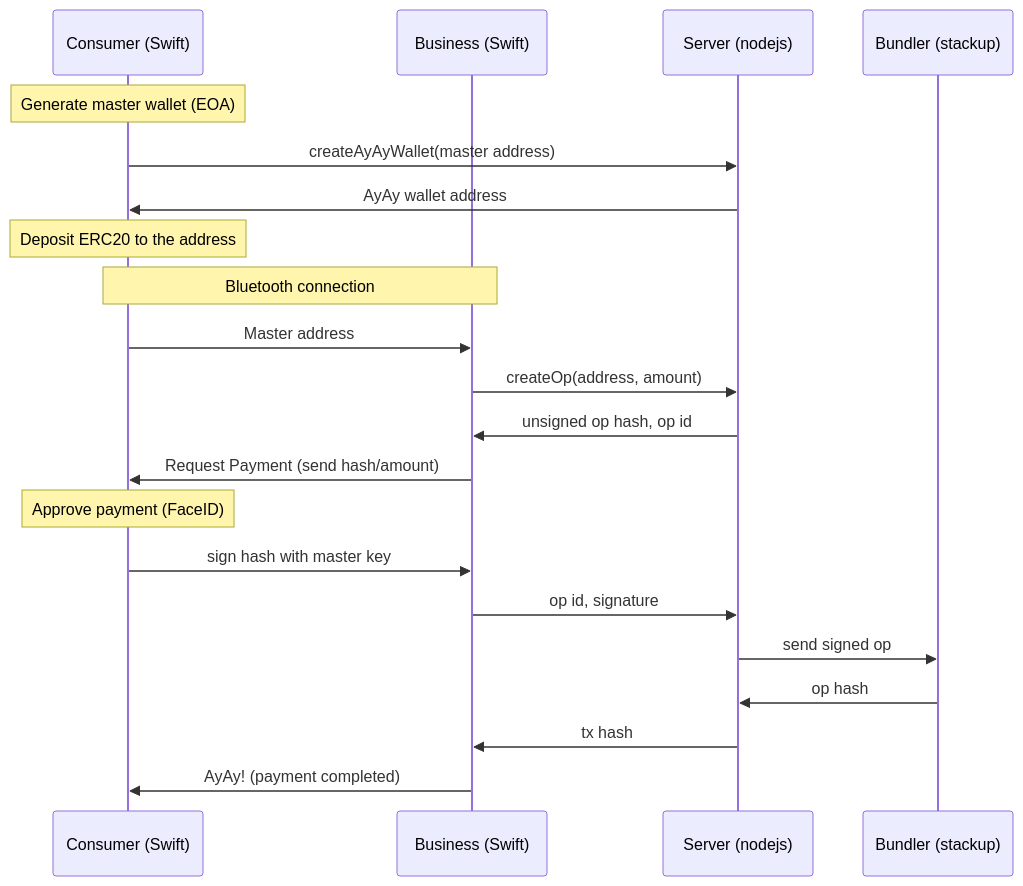
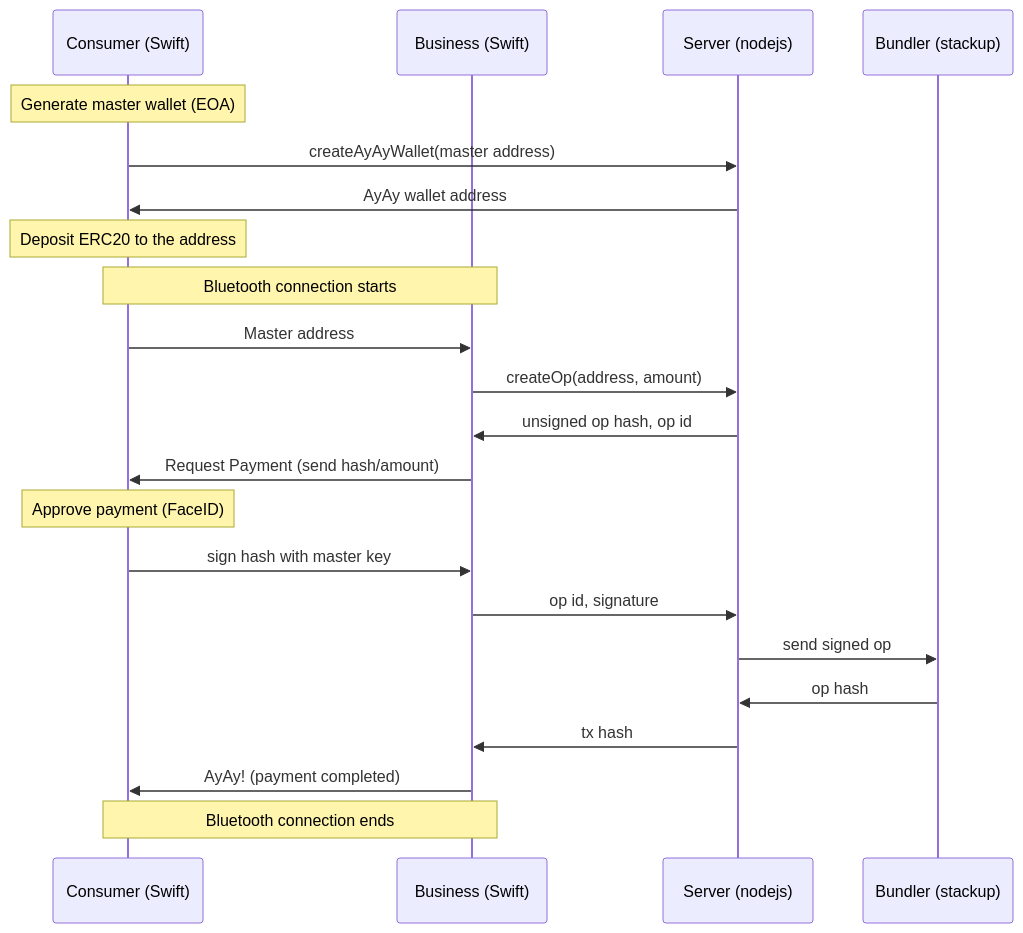
One commit to iharuya/ayay changed the diagram in README.md. Above: the diagram before and after it, drawn with Mermaid. The commit also changed 6 other files, not shown here.

````diff
--- a/README.md
+++ b/README.md
@@ -19,24 +19,25 @@
 ```mermaid
 sequenceDiagram
   participant Consumer as Consumer (Swift)
   participant Business as Business (Swift)
   participant Server as Server (nodejs)
   participant Bundler as Bundler (stackup)
 
   Note over Consumer: Generate master wallet (EOA)
   Consumer->>Server: createAyAyWallet(master address)
   Server->>Consumer: AyAy wallet address
   Note over Consumer: Deposit ERC20 to the address
-  Note over Consumer, Business: Bluetooth connection
+  Note over Consumer, Business: Bluetooth connection starts
   Consumer->>Business: Master address
   Business->>Server: createOp(address, amount)
   Server->>Business: unsigned op hash, op id
   Business->>Consumer: Request Payment (send hash/amount)
   Note over Consumer: Approve payment (FaceID)
   Consumer->>Business: sign hash with master key
   Business->>Server: op id, signature
   Server->>Bundler: send signed op
   Bundler->>Server: op hash
   Server->>Business: tx hash
   Business->>Consumer: AyAy! (payment completed)
+  Note over Consumer, Business: Bluetooth connection ends
 ```
````
